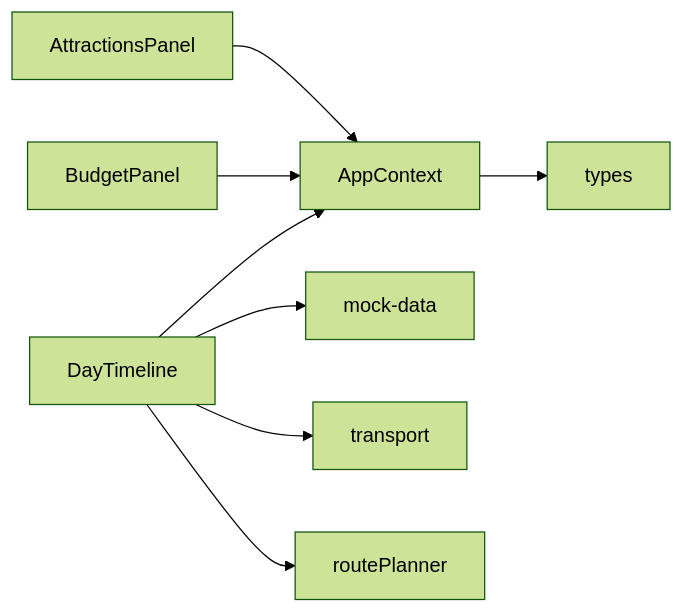
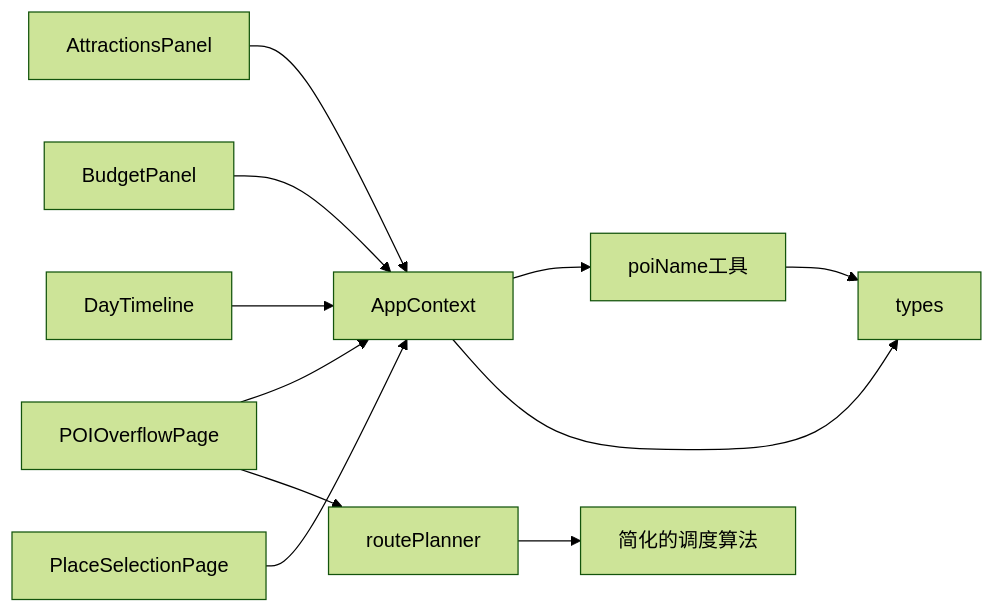
One commit to ititjjy/AITrip-plan changed the ninth of 9 diagrams in .qoder/repowiki/zh/content/UI组件系统/行程规划组件.md. Above: the diagram before and after it, drawn with Mermaid (forest theme). The commit also changed other lines of this file and 144 other files, not shown here.

First line of the commit message:
deploy: sync 37 cities POI data + latest code to server

````diff
--- a/.qoder/repowiki/zh/content/UI组件系统/行程规划组件.md
+++ b/.qoder/repowiki/zh/content/UI组件系统/行程规划组件.md
@@ -278,10 +506,13 @@
 ```mermaid
 graph LR
 AP["AttractionsPanel"] --> AC["AppContext"]
 BP["BudgetPanel"] --> AC
 DT["DayTimeline"] --> AC
-DT --> MD["mock-data"]
-DT --> TR["transport"]
-DT --> RP["routePlanner"]
+POP["POIOverflowPage"] --> AC
+POP --> RP["routePlanner"]
+PSP["PlaceSelectionPage"] --> AC
+AC --> PN["poiName工具"]
 AC --> TY["types"]
+PN --> TY
+RP --> SA["简化的调度算法"]
 ```
````
